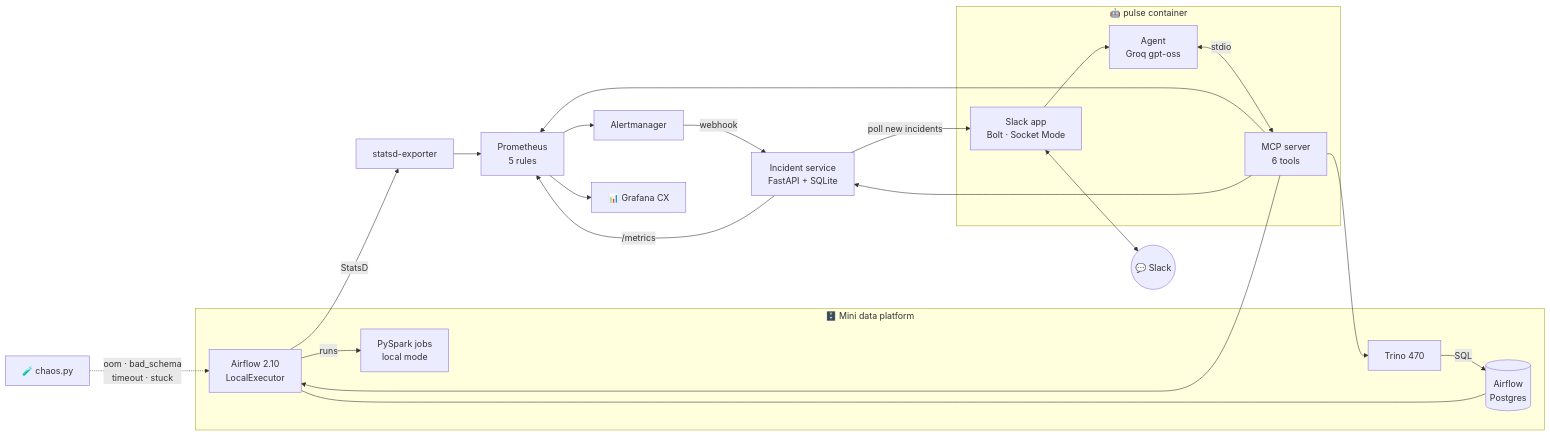
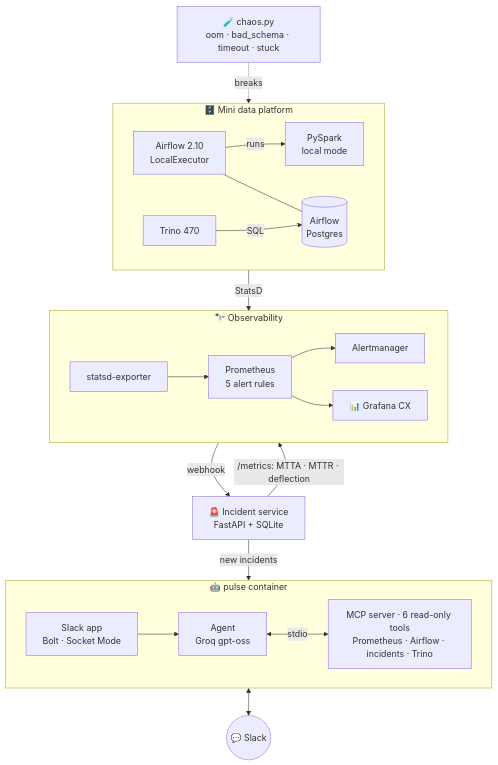
The diagram in README.md (Vaibhav2824/PlatformPulse), drawn with Mermaid before and after one commit. The commit also changed other lines of this file and 3 other files, not shown here.

Commit message:
docs: demo GIF from a real chaos run, MIT license, readable top-down architecture diagram

````diff
--- a/README.md
+++ b/README.md
@@ -105,20 +111,29 @@
 ```mermaid
-flowchart LR
+flowchart TB
+  CH["🧪 chaos.py<br/>oom · bad_schema · timeout · stuck"] -.->|breaks| AF
+
   subgraph Platform["🗄️ Mini data platform"]
-    AF["Airflow 2.10<br/>LocalExecutor"] -->|runs| SP["PySpark jobs<br/>local mode"]
-    TR["Trino 470"] -->|SQL| PG[("Airflow<br/>Postgres")]
-    AF --- PG
+    direction LR
+    AF["Airflow 2.10<br/>LocalExecutor"] -->|runs| SP["PySpark<br/>local mode"]
+    AF --- PG[("Airflow<br/>Postgres")]
+    TR["Trino 470"] -->|SQL| PG
   end
-  CH["🧪 chaos.py"] -.->|"oom · bad_schema<br/>timeout · stuck"| AF
-  AF -->|StatsD| SE["statsd-exporter"] --> PR["Prometheus<br/>5 rules"]
-  PR --> AM["Alertmanager"] -->|webhook| IS["Incident service<br/>FastAPI + SQLite"]
-  IS -->|/metrics| PR
-  PR --> GF["📊 Grafana CX"]
+
+  subgraph Obs["🔭 Observability"]
+    direction LR
+    SE["statsd-exporter"] --> PR["Prometheus<br/>5 alert rules"] --> AM["Alertmanager"]
+    PR --> GF["📊 Grafana CX"]
+  end
+
+  AF -->|StatsD| SE
+  AM -->|webhook| IS["🚨 Incident service<br/>FastAPI + SQLite"]
+  IS -->|"/metrics: MTTA · MTTR · deflection"| PR
+
   subgraph Pulse["🤖 pulse container"]
-    SL["Slack app<br/>Bolt · Socket Mode"] --> AG["Agent<br/>Groq gpt-oss"]
-    AG <-->|stdio| MCP["MCP server<br/>6 tools"]
+    direction LR
+    SL["Slack app<br/>Bolt · Socket Mode"] --> AG["Agent<br/>Groq gpt-oss"] <-->|stdio| MCP["MCP server · 6 read-only tools<br/>Prometheus · Airflow · incidents · Trino"]
   end
-  IS -->|poll new incidents| SL
-  MCP --> PR & AF & IS & TR
+
+  IS -->|new incidents| SL
   SL <--> SK(("💬 Slack"))
 ```
````
